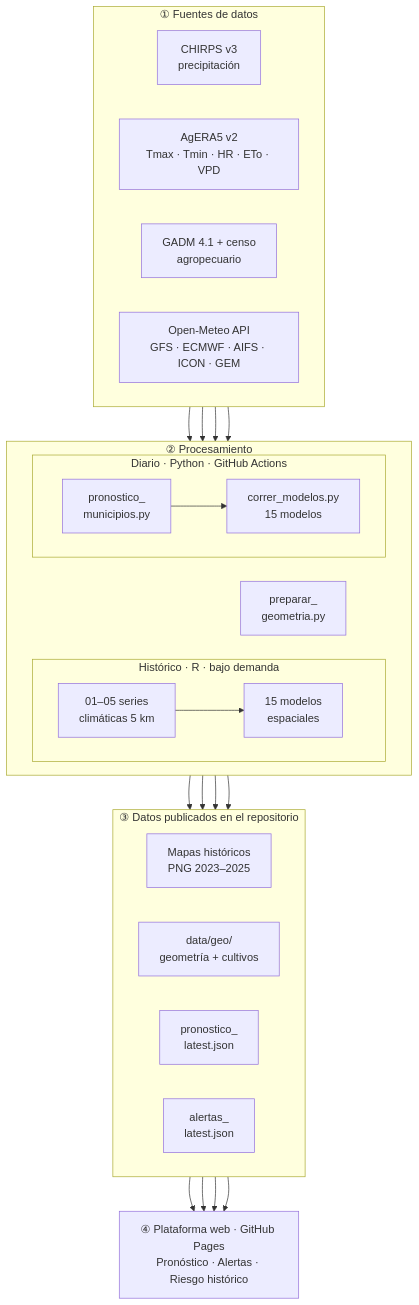
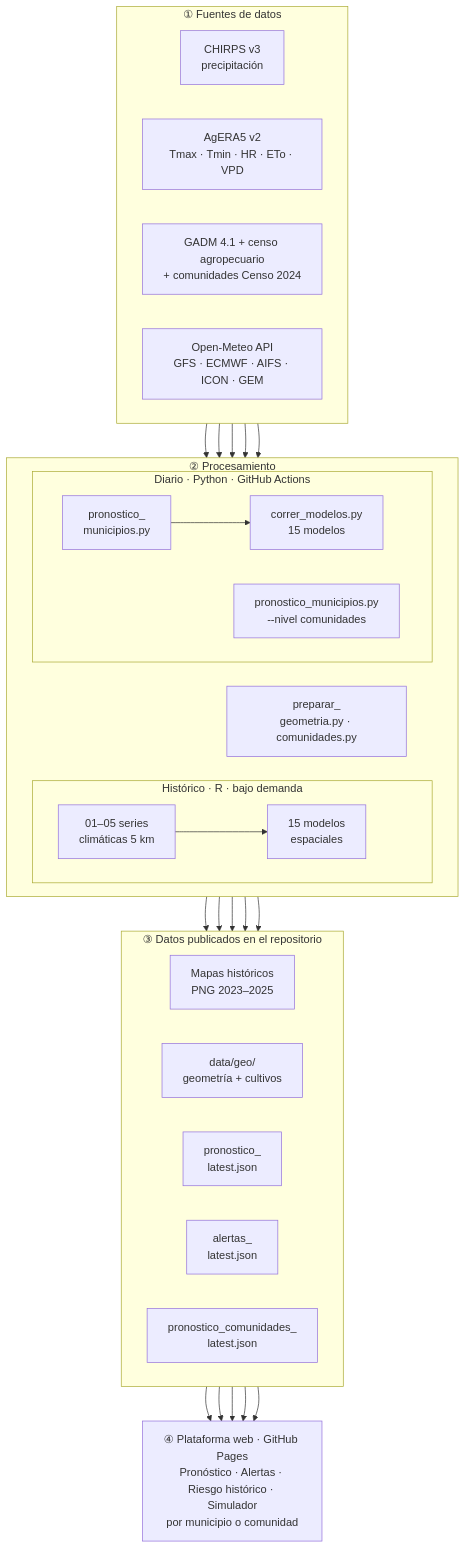
Before and after one commit to cbarriosperez/Project_Pests_Diseases_Bolivian_Crops: the third of 8 diagrams in README.md, drawn with Mermaid. The commit also changed other lines of this file and 1 other file, not shown here.

````diff
--- a/README.md
+++ b/README.md
@@ -128,40 +135,44 @@
 ```mermaid
 flowchart TB
     subgraph F["① Fuentes de datos"]
         direction LR
         CH["CHIRPS v3<br/>precipitación"]
         AG["AgERA5 v2<br/>Tmax · Tmin · HR · ETo · VPD"]
-        SHP["GADM 4.1 + censo<br/>agropecuario"]
+        SHP["GADM 4.1 + censo agropecuario<br/>+ comunidades Censo 2024"]
         OM["Open-Meteo API<br/>GFS · ECMWF · AIFS · ICON · GEM"]
     end
 
     subgraph P["② Procesamiento"]
         direction LR
         subgraph H["Histórico · R · bajo demanda"]
             R1["01–05 series<br/>climáticas 5 km"] --> R2["15 modelos<br/>espaciales"]
         end
         subgraph D["Diario · Python · GitHub Actions"]
             P1["pronostico_<br/>municipios.py"] --> P2["correr_modelos.py<br/>15 modelos"]
+            P3["pronostico_municipios.py<br/>--nivel comunidades"]
         end
-        P0["preparar_<br/>geometria.py"]
+        P0["preparar_<br/>geometria.py · comunidades.py"]
     end
 
     subgraph REPO["③ Datos publicados en el repositorio"]
         direction LR
         S["Mapas históricos<br/>PNG 2023–2025"]
         G["data/geo/<br/>geometría + cultivos"]
         J1["pronostico_<br/>latest.json"]
         J2["alertas_<br/>latest.json"]
+        J3["pronostico_comunidades_<br/>latest.json"]
     end
 
-    W["④ Plataforma web · GitHub Pages<br/>Pronóstico · Alertas · Riesgo histórico"]
+    W["④ Plataforma web · GitHub Pages<br/>Pronóstico · Alertas · Riesgo histórico · Simulador<br/>por municipio o comunidad"]
 
     CH & AG --> R1
     SHP --> P0
     OM --> P1
     R2 --> S
     P0 --> G
     P1 --> J1
     P2 --> J2
-    S & G & J1 & J2 --> W
+    OM --> P3
+    P3 --> J3
+    S & G & J1 & J2 & J3 --> W
 ```
````
